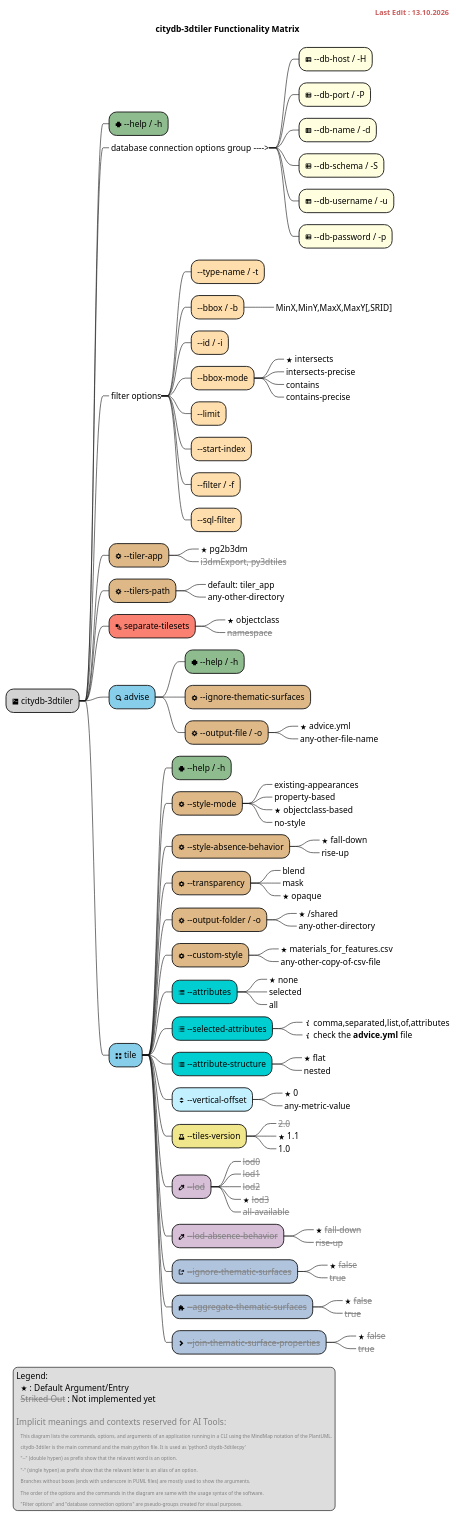
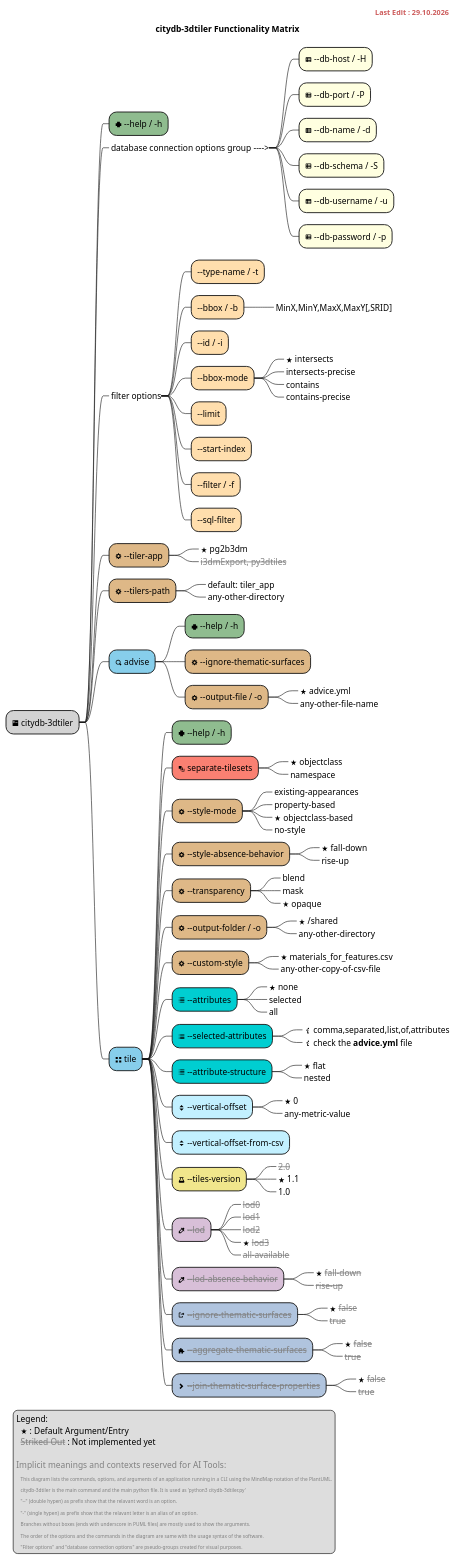
One commit to 3dcitydb/citydb-3dtiler changed the diagram in docs/includes/functionality_matrix.md. Above: the diagram before and after it, drawn with PlantUML. The commit also changed 12 other files, not shown here.

```diff
--- a/docs/includes/functionality_matrix.md
+++ b/docs/includes/functionality_matrix.md
@@ -17,7 +17,7 @@
 title citydb-3dtiler Functionality Matrix
 
 right header
-<font color=indianred size=12><b>Last Edit : 13.10.2026</b></font>
+<font color=indianred size=12><b>Last Edit : 29.10.2026</b></font>
 endheader
 
 *[#lightgray] <&terminal> citydb-3dtiler
@@ -55,10 +55,6 @@
 ***_ default: tiler_app
 ***_ any-other-directory
 
-**[#salmon] <&layers> separate-tilesets
-***_ <&star> objectclass
-***_ <font color=gray><s>namespace</s></font>
-
 **[#skyblue] <&magnifying-glass> advise
 ***[#darkseagreen] <&medical-cross> --help / -h
 ***[#burlywood] <&cog> --ignore-thematic-surfaces
@@ -68,6 +64,11 @@
 
 **[#skyblue] <&grid-two-up> tile
 ***[#darkseagreen] <&medical-cross> --help / -h
+
+***[#salmon] <&layers> separate-tilesets
+****_ <&star> objectclass
+****_ namespace
+
 ***[#burlywood] <&cog> --style-mode
 ****_ existing-appearances
 ****_ property-based
@@ -107,6 +108,8 @@
 ***[#application] <&elevator> --vertical-offset
 ****_ <&star> 0
 ****_ any-metric-value
+
+***[#application] <&elevator> --vertical-offset-from-csv
 
 ***[#khaki] <&beaker> --tiles-version
 ****_ <font color=gray><s>2.0</s></font>
```
